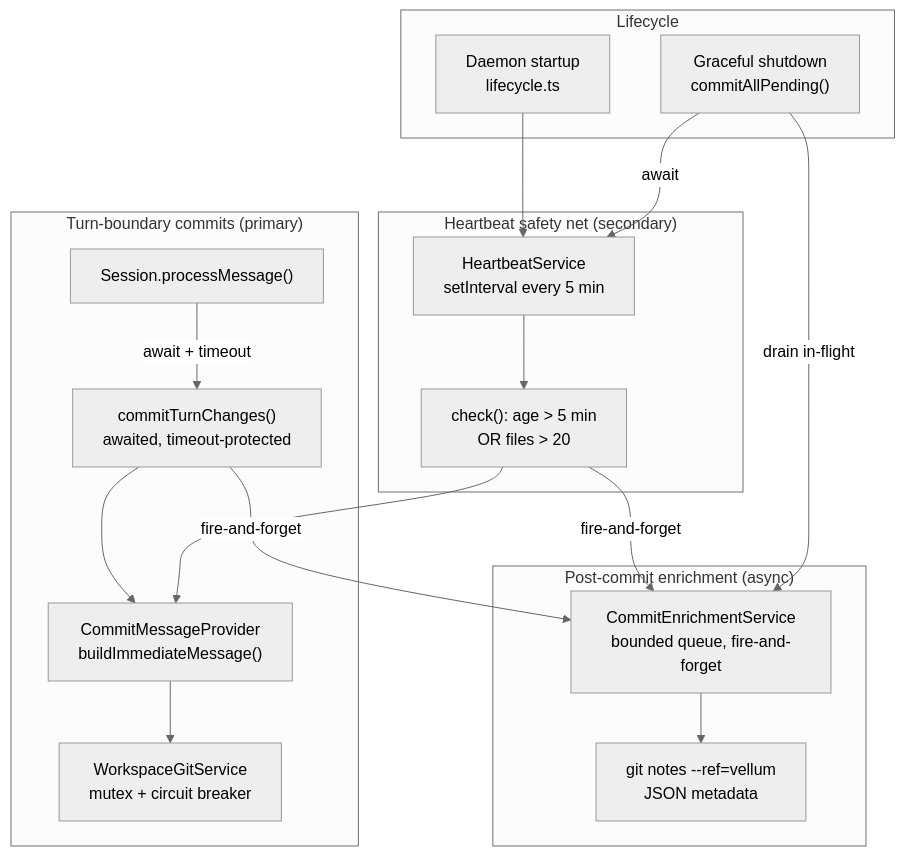
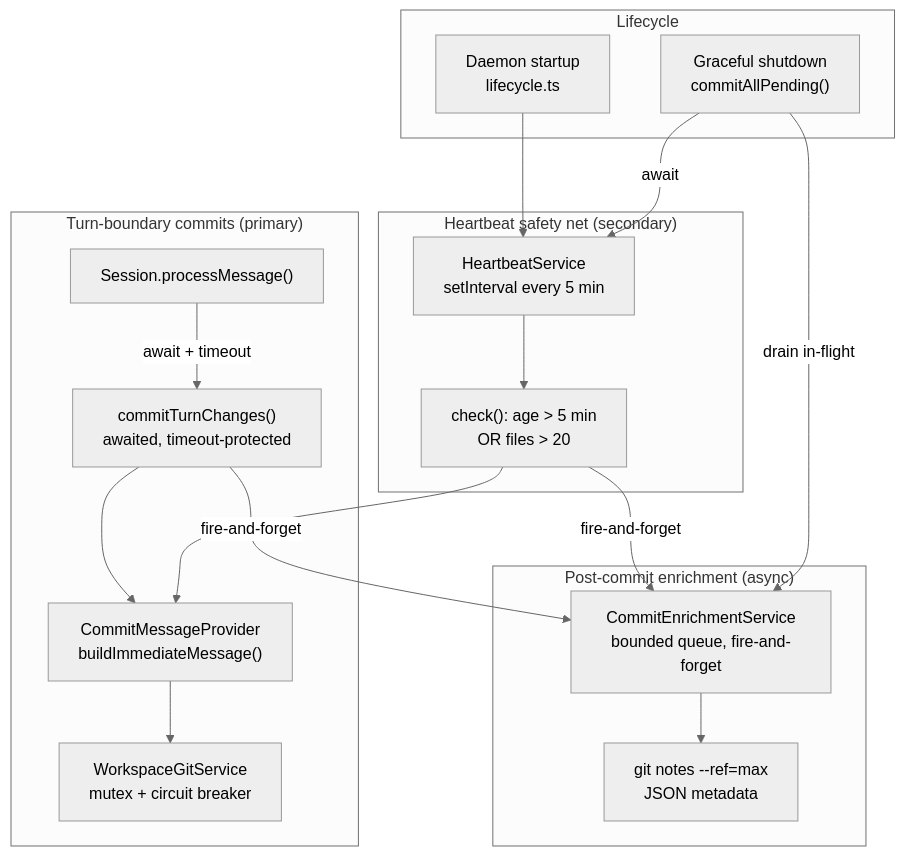
The sixth of 6 diagrams in assistant/docs/architecture/memory.md (yashb98/max), drawn with Mermaid (neutral theme) before and after one commit. The commit also changed other lines of this file and 2502 other files, not shown here.

````diff
--- a/assistant/docs/architecture/memory.md
+++ b/assistant/docs/architecture/memory.md
@@ -519,36 +519,36 @@
 ```mermaid
 graph TB
     subgraph "Turn-boundary commits (primary)"
         SESSION["Session.processMessage()"]
         TURN_COMMIT["commitTurnChanges()<br/>awaited, timeout-protected"]
         MSG_PROVIDER["CommitMessageProvider<br/>buildImmediateMessage()"]
         GIT_SERVICE["WorkspaceGitService<br/>mutex + circuit breaker"]
     end
 
     subgraph "Heartbeat safety net (secondary)"
         HEARTBEAT["HeartbeatService<br/>setInterval every 5 min"]
         CHECK["check(): age > 5 min<br/>OR files > 20"]
     end
 
     subgraph "Post-commit enrichment (async)"
         ENRICHMENT["CommitEnrichmentService<br/>bounded queue, fire-and-forget"]
-        GIT_NOTES["git notes --ref=vellum<br/>JSON metadata"]
+        GIT_NOTES["git notes --ref=max<br/>JSON metadata"]
     end
 
     subgraph "Lifecycle"
         STARTUP["Daemon startup<br/>lifecycle.ts"]
         SHUTDOWN["Graceful shutdown<br/>commitAllPending()"]
     end
 
     SESSION -->|"await + timeout"| TURN_COMMIT
     TURN_COMMIT --> MSG_PROVIDER
     MSG_PROVIDER --> GIT_SERVICE
     TURN_COMMIT -->|"fire-and-forget"| ENRICHMENT
     HEARTBEAT --> CHECK
     CHECK --> MSG_PROVIDER
     CHECK -->|"fire-and-forget"| ENRICHMENT
     ENRICHMENT --> GIT_NOTES
     STARTUP --> HEARTBEAT
     SHUTDOWN -->|"await"| HEARTBEAT
     SHUTDOWN -->|"drain in-flight"| ENRICHMENT
 ```
````
